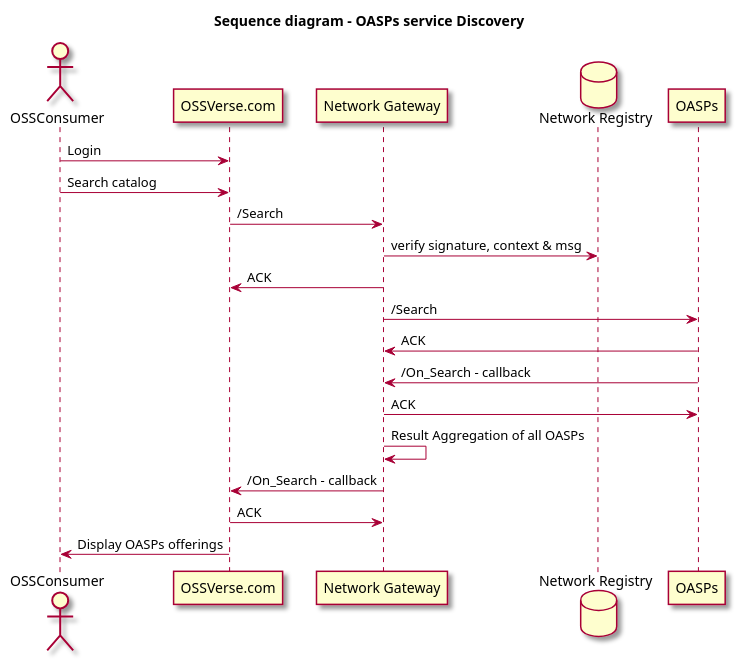
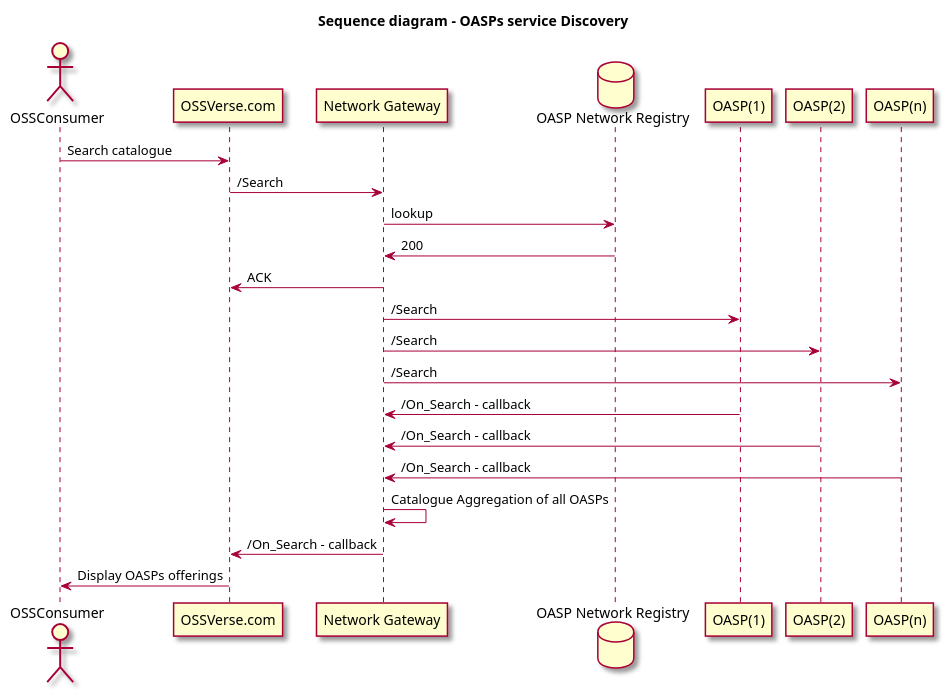
The diagram in docs/puml/SequenceDiagram_Search_Catalog.puml (OSSVerse/OSSVerse), drawn with PlantUML before and after one commit. The commit also changed 1 other file, not shown here.

```diff
--- a/docs/puml/SequenceDiagram_Search_Catalog.puml
+++ b/docs/puml/SequenceDiagram_Search_Catalog.puml
@@ -1,27 +1,30 @@
 @startuml
 
 skin rose
 
 title "Sequence diagram - OASPs service Discovery"
 
 actor "OSSConsumer" as Buyer
 
-
-Buyer -> OSSVerse.com: Login
-Buyer -> OSSVerse.com: Search catalog
+Buyer -> OSSVerse.com: Search catalogue
 OSSVerse.com -> "Network Gateway": /Search
-database "Network Registry"
-"Network Gateway" -> "Network Registry": verify signature, context & msg
+database "OASP Network Registry"
+"Network Gateway" -> "OASP Network Registry": lookup
+"OASP Network Registry" -> "Network Gateway": 200
 "Network Gateway" -> OSSVerse.com: ACK
 
-"Network Gateway" -> OASPs: /Search
-OASPs -> "Network Gateway": ACK
-OASPs -> "Network Gateway": /On_Search - callback
-"Network Gateway" -> OASPs: ACK
-"Network Gateway" -> "Network Gateway": Result Aggregation of all OASPs
+"Network Gateway" -> "OASP(1)": /Search
+"Network Gateway" -> "OASP(2)": /Search
+"Network Gateway" -> "OASP(n)": /Search
+
+"OASP(1)" -> "Network Gateway": /On_Search - callback
+"OASP(2)" -> "Network Gateway": /On_Search - callback
+"OASP(n)" -> "Network Gateway": /On_Search - callback
+
+"Network Gateway" -> "Network Gateway": Catalogue Aggregation of all OASPs
 "Network Gateway" -> OSSVerse.com: /On_Search - callback
-OSSVerse.com -> "Network Gateway": ACK
+
 
 OSSVerse.com -> Buyer: Display OASPs offerings
 
 @enduml
```
